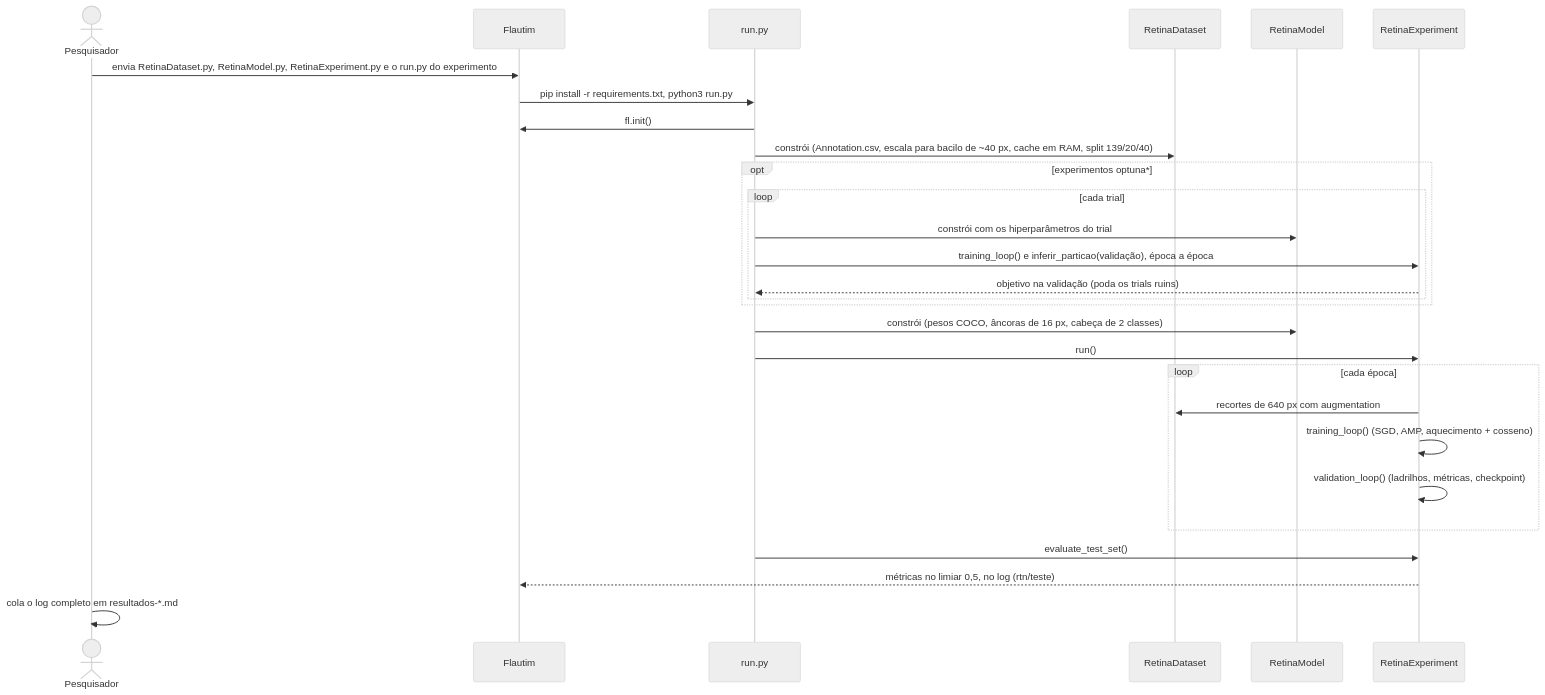
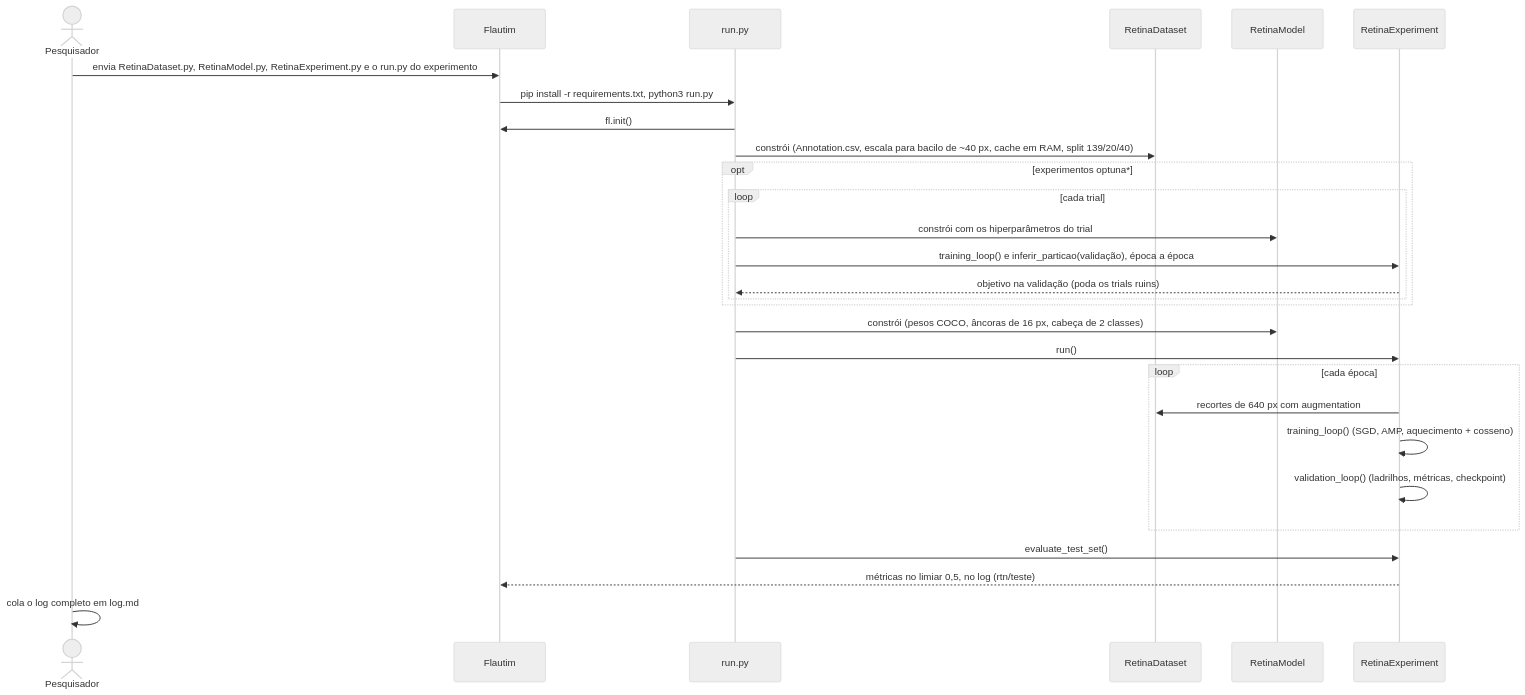
One commit to bernardozschaber/retinanet changed the second of 3 diagrams in README.md. Above: the diagram before and after it, drawn with Mermaid (neutral theme). The commit also changed other lines of this file, not shown here.

Commit message:
docs(retinanet): reference hiperparametros.md and log.md in the README

````diff
--- a/README.md
+++ b/README.md
@@ -176,31 +176,31 @@
 ```mermaid
 sequenceDiagram
     actor Pesquisador
     participant Flautim
     participant Run as run.py
     participant Dataset as RetinaDataset
     participant Modelo as RetinaModel
     participant Exp as RetinaExperiment
 
     Pesquisador->>Flautim: envia RetinaDataset.py, RetinaModel.py, RetinaExperiment.py e o run.py do experimento
     Flautim->>Run: pip install -r requirements.txt, python3 run.py
     Run->>Flautim: fl.init()
     Run->>Dataset: constrói (Annotation.csv, escala para bacilo de ~40 px, cache em RAM, split 139/20/40)
     opt experimentos optuna*
         loop cada trial
             Run->>Modelo: constrói com os hiperparâmetros do trial
             Run->>Exp: training_loop() e inferir_particao(validação), época a época
             Exp-->>Run: objetivo na validação (poda os trials ruins)
         end
     end
     Run->>Modelo: constrói (pesos COCO, âncoras de 16 px, cabeça de 2 classes)
     Run->>Exp: run()
     loop cada época
         Exp->>Dataset: recortes de 640 px com augmentation
         Exp->>Exp: training_loop() (SGD, AMP, aquecimento + cosseno)
         Exp->>Exp: validation_loop() (ladrilhos, métricas, checkpoint)
     end
     Run->>Exp: evaluate_test_set()
     Exp-->>Flautim: métricas no limiar 0,5, no log (rtn/teste)
-    Pesquisador->>Pesquisador: cola o log completo em resultados-*.md
+    Pesquisador->>Pesquisador: cola o log completo em log.md
 ```
````
